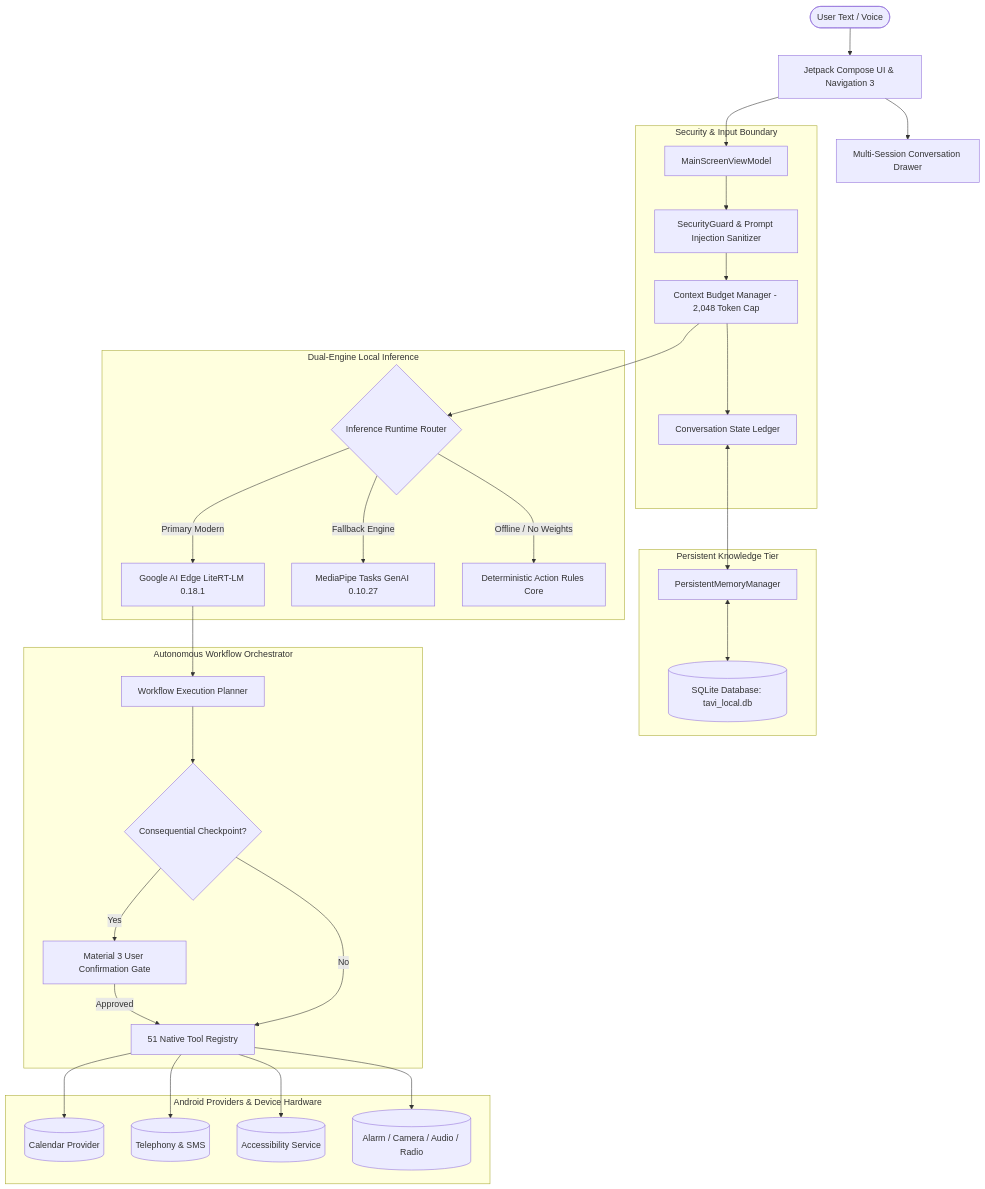
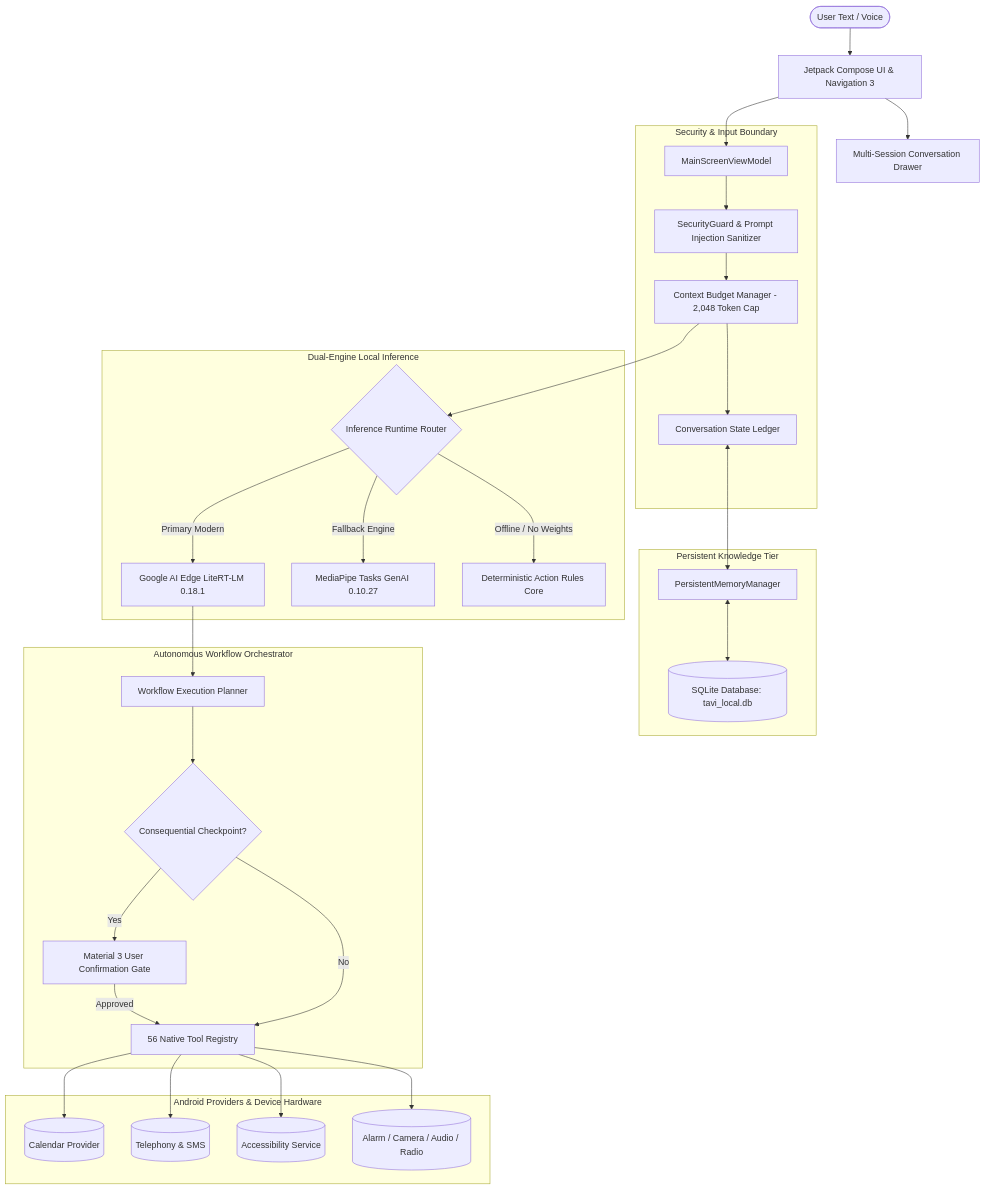
The diagram in README.md (MosetiReagan/Tavi), drawn with Mermaid before and after one commit. The commit also changed other lines of this file and 18 other files, not shown here.

Commit message:
Resolve code & UX review: credibility fixes, single ToolRegistry, low-RAM guard, TTS controls, full catalog, and decompose MainScreen

````diff
--- a/README.md
+++ b/README.md
@@ -82,39 +82,39 @@
 ```mermaid
 graph TD
     User([User Text / Voice]) --> UI[Jetpack Compose UI & Navigation 3]
     UI --> Drawer[Multi-Session Conversation Drawer]
     UI --> VM[MainScreenViewModel]
     
     subgraph Safety [Security & Input Boundary]
         VM --> SG[SecurityGuard & Prompt Injection Sanitizer]
         SG --> Budget[Context Budget Manager - 2,048 Token Cap]
         Budget --> Ledger[Conversation State Ledger]
     end
 
     subgraph Memory [Persistent Knowledge Tier]
         Ledger <--> PMM[PersistentMemoryManager]
         PMM <--> DB[(SQLite Database: tavi_local.db)]
     end
 
     subgraph Engine [Dual-Engine Local Inference]
         Budget --> EngineRouter{Inference Runtime Router}
         EngineRouter -->|Primary Modern| LiteRT[Google AI Edge LiteRT-LM 0.18.1]
         EngineRouter -->|Fallback Engine| MP[MediaPipe Tasks GenAI 0.10.27]
         EngineRouter -->|Offline / No Weights| Det[Deterministic Action Rules Core]
     end
 
     subgraph Orchestration [Autonomous Workflow Orchestrator]
         LiteRT --> Planner[Workflow Execution Planner]
         Planner --> Checkpoint{Consequential Checkpoint?}
         Checkpoint -->|Yes| Dialog[Material 3 User Confirmation Gate]
-        Dialog -->|Approved| Registry[51 Native Tool Registry]
+        Dialog -->|Approved| Registry[56 Native Tool Registry]
         Checkpoint -->|No| Registry
     end
 
     subgraph Hardware [Android Providers & Device Hardware]
         Registry --> Cal[(Calendar Provider)]
         Registry --> Tel[(Telephony & SMS)]
         Registry --> Acc[(Accessibility Service)]
         Registry --> Sys[(Alarm / Camera / Audio / Radio)]
     end
 ```
````
